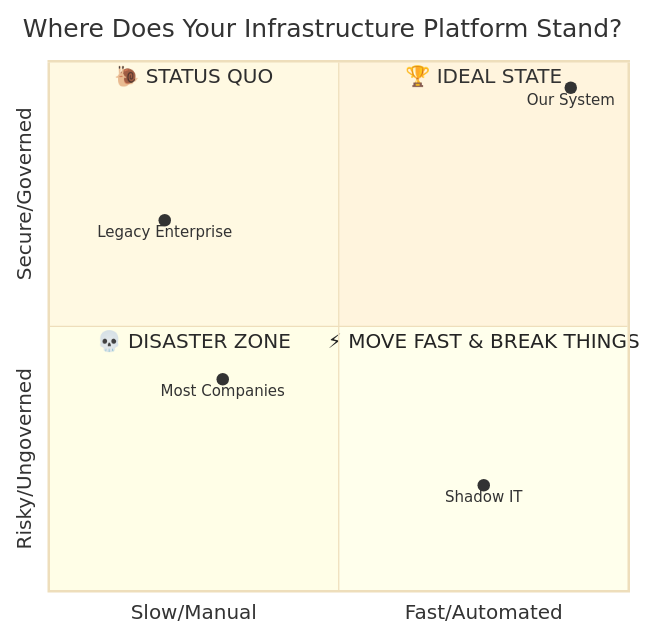
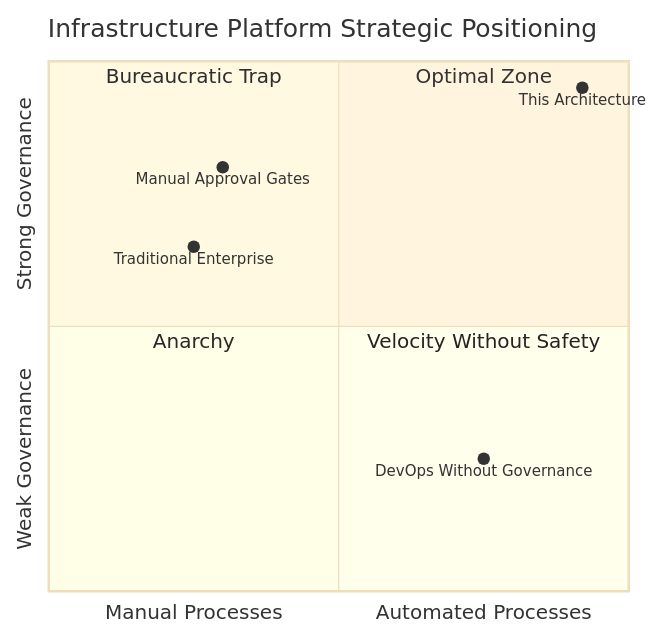
One commit to Terraform-centilazed-pipline/centerlized-pipline- changed the second of 24 diagrams in EXECUTIVE-WORKFLOW-OVERVIEW.md. Above: the diagram before and after it, drawn with Mermaid. The commit also changed other lines of this file, not shown here.

````diff
--- a/EXECUTIVE-WORKFLOW-OVERVIEW.md
+++ b/EXECUTIVE-WORKFLOW-OVERVIEW.md
@@ -156,15 +95,15 @@
 ```mermaid
 %%{init: {'theme':'base'}}%%
 quadrantChart
-    title Where Does Your Infrastructure Platform Stand?
-    x-axis Slow/Manual --> Fast/Automated
-    y-axis Risky/Ungoverned --> Secure/Governed
-    quadrant-1 "🏆 IDEAL STATE"
-    quadrant-2 "🐌 STATUS QUO"
-    quadrant-3 "💀 DISASTER ZONE"
-    quadrant-4 "⚡ MOVE FAST & BREAK THINGS"
-    "Most Companies": [0.3, 0.4]
-    "Shadow IT": [0.75, 0.2]
-    "Legacy Enterprise": [0.2, 0.7]
-    "Our System": [0.9, 0.95]
+    title Infrastructure Platform Strategic Positioning
+    x-axis Manual Processes --> Automated Processes
+    y-axis Weak Governance --> Strong Governance
+    quadrant-1 "Optimal Zone"
+    quadrant-2 "Bureaucratic Trap"
+    quadrant-3 "Anarchy"
+    quadrant-4 "Velocity Without Safety"
+    "Traditional Enterprise": [0.25, 0.65]
+    "DevOps Without Governance": [0.75, 0.25]
+    "Manual Approval Gates": [0.30, 0.80]
+    "This Architecture": [0.92, 0.95]
 ```
````
